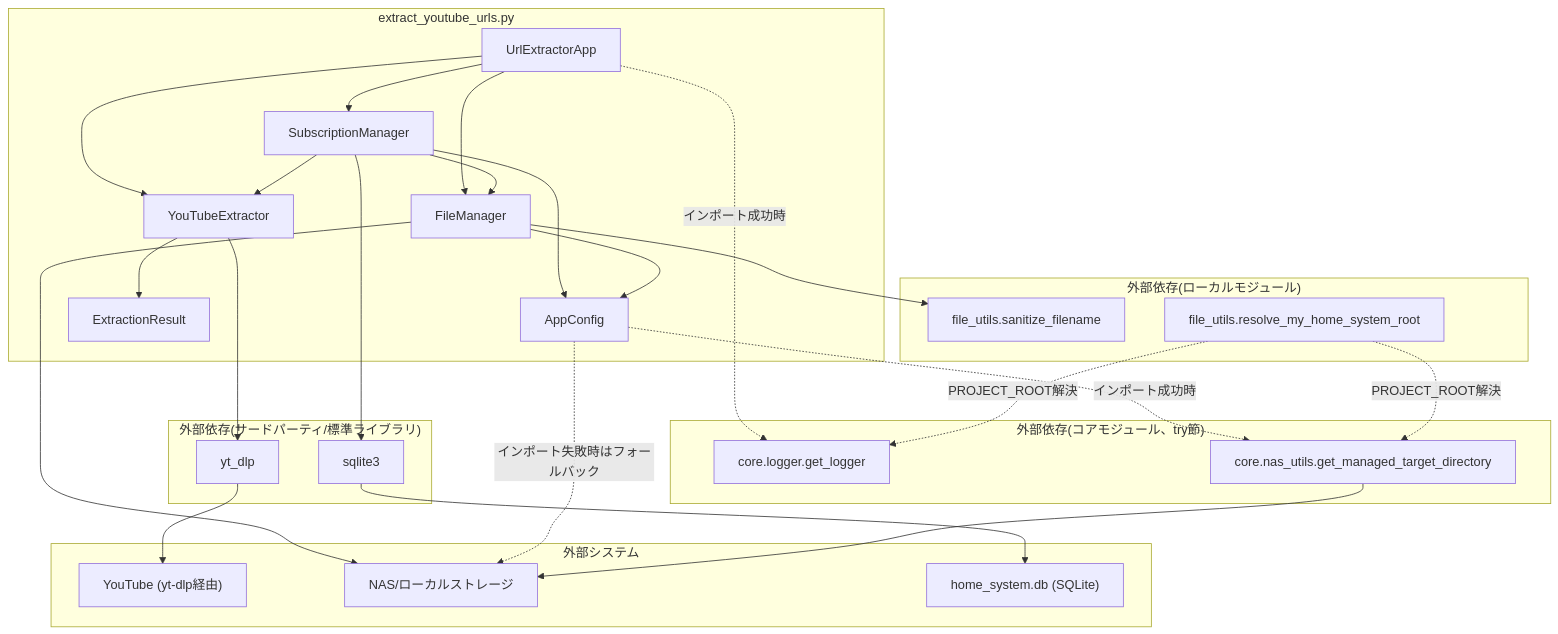
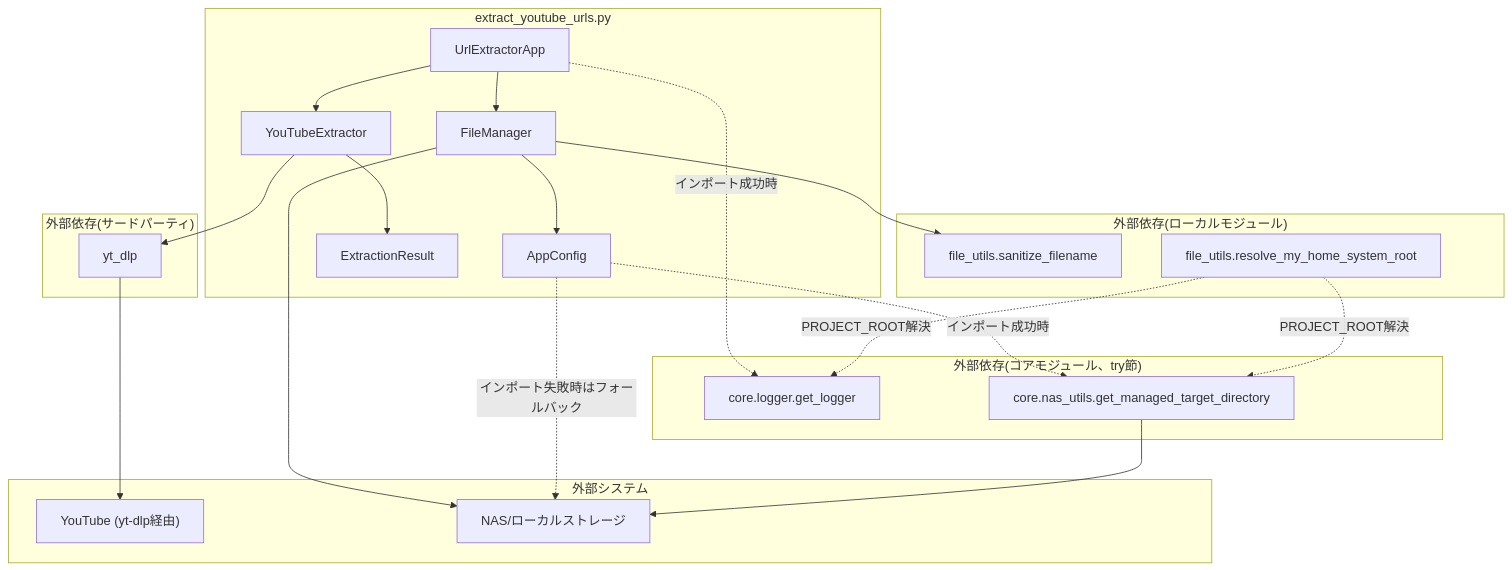
Before and after one commit to mmtigers/my_python_project: the second of 2 diagrams in docs/specifications/DDD/extract_youtube_urls.md, drawn with Mermaid. The commit also changed other lines of this file and 27 other files, not shown here.

````diff
--- a/docs/specifications/DDD/extract_youtube_urls.md
+++ b/docs/specifications/DDD/extract_youtube_urls.md
@@ -436,58 +356,48 @@
 ```mermaid
 graph TD
     subgraph "extract_youtube_urls.py"
         AppConfig
         ExtractionResult
         YouTubeExtractor
         FileManager
-        SubscriptionManager
         UrlExtractorApp
     end
 
     subgraph "外部依存(コアモジュール、try節)"
         core_logger["core.logger.get_logger"]
         core_nas_utils["core.nas_utils.get_managed_target_directory"]
     end
 
     subgraph "外部依存(ローカルモジュール)"
         file_utils_mod["file_utils.sanitize_filename"]
         file_utils_root["file_utils.resolve_my_home_system_root"]
     end
 
-    subgraph "外部依存(サードパーティ/標準ライブラリ)"
+    subgraph "外部依存(サードパーティ)"
         yt_dlp_mod["yt_dlp"]
-        sqlite3_mod["sqlite3"]
     end
 
     subgraph "外部システム"
         YouTube["YouTube (yt-dlp経由)"]
         NAS["NAS/ローカルストレージ"]
-        DB["home_system.db (SQLite)"]
     end
 
     UrlExtractorApp --> YouTubeExtractor
     UrlExtractorApp --> FileManager
-    UrlExtractorApp --> SubscriptionManager
-
-    SubscriptionManager --> YouTubeExtractor
-    SubscriptionManager --> FileManager
-    SubscriptionManager --> sqlite3_mod
-    SubscriptionManager --> AppConfig
-    sqlite3_mod --> DB
 
     YouTubeExtractor --> yt_dlp_mod
     YouTubeExtractor --> ExtractionResult
     yt_dlp_mod --> YouTube
 
     FileManager --> file_utils_mod
     FileManager --> AppConfig
     FileManager --> NAS
 
     AppConfig -.->|"インポート成功時"| core_nas_utils
     AppConfig -.->|"インポート失敗時はフォールバック"| NAS
     core_nas_utils --> NAS
 
     UrlExtractorApp -.->|"インポート成功時"| core_logger
     file_utils_root -.->|"PROJECT_ROOT解決"| core_logger
     file_utils_root -.->|"PROJECT_ROOT解決"| core_nas_utils
 ```
````
